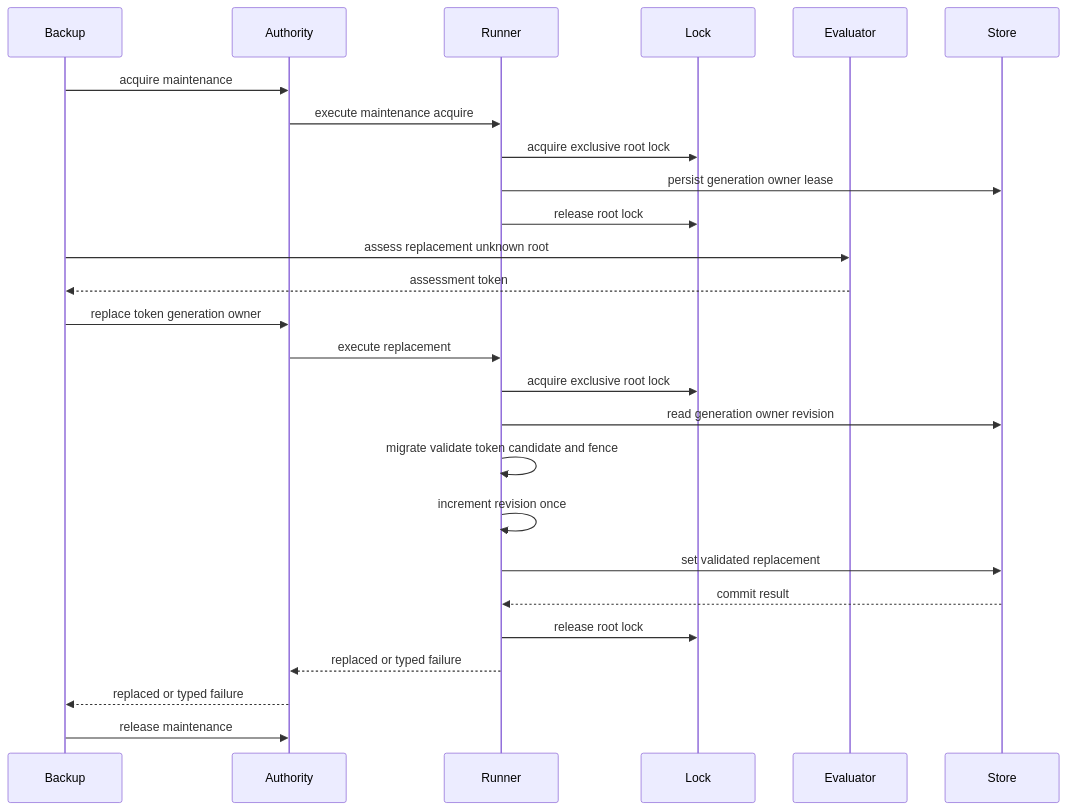
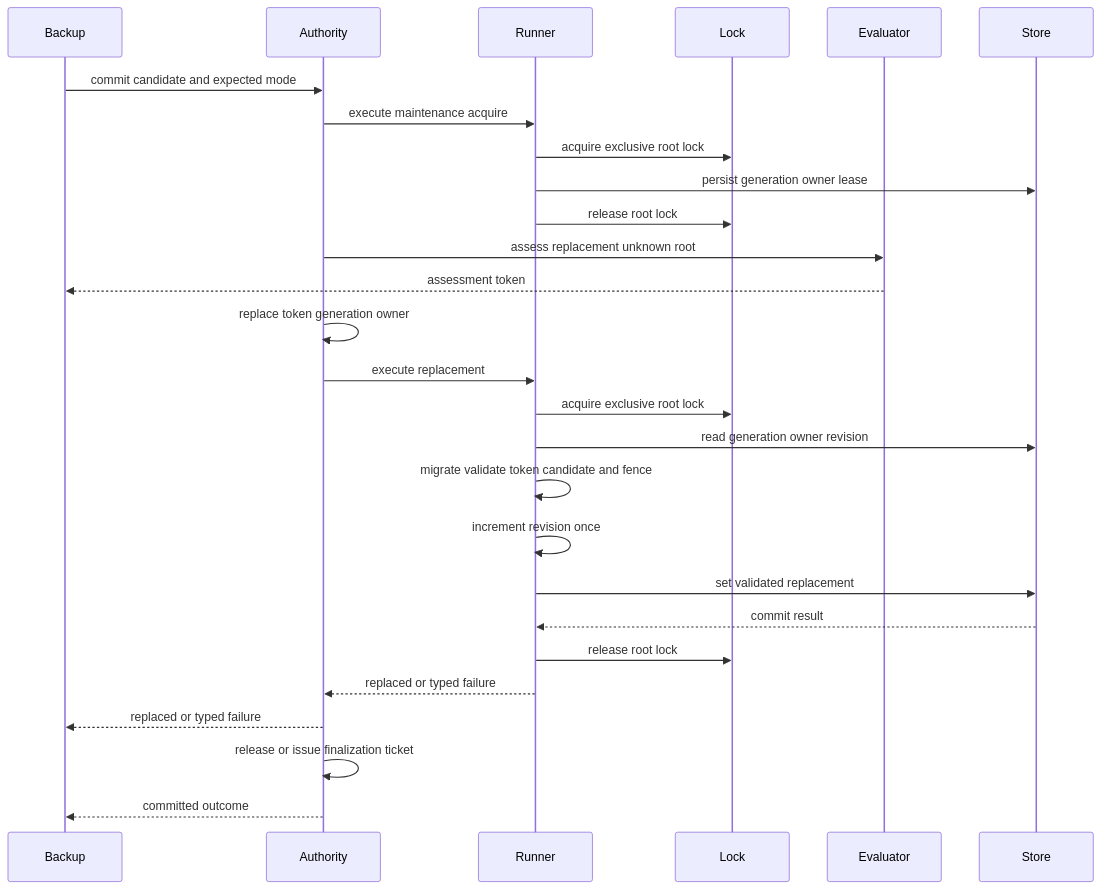
The third of 4 diagrams in .kiro/specs/local-data-foundation/design.md (Huruikagi/pc-build-planner), drawn with Mermaid before and after one commit. The commit also changed other lines of this file and 19 other files, not shown here.

````diff
--- a/.kiro/specs/local-data-foundation/design.md
+++ b/.kiro/specs/local-data-foundation/design.md
@@ -209,28 +215,29 @@
 ```mermaid
 sequenceDiagram
     participant Backup
     participant Authority
     participant Runner
     participant Lock
     participant Evaluator
     participant Store
-    Backup->>Authority: acquire maintenance
+    Backup->>Authority: commit candidate and expected mode
     Authority->>Runner: execute maintenance acquire
     Runner->>Lock: acquire exclusive root lock
     Runner->>Store: persist generation owner lease
     Runner->>Lock: release root lock
-    Backup->>Evaluator: assess replacement unknown root
+    Authority->>Evaluator: assess replacement unknown root
     Evaluator-->>Backup: assessment token
-    Backup->>Authority: replace token generation owner
+    Authority->>Authority: replace token generation owner
     Authority->>Runner: execute replacement
     Runner->>Lock: acquire exclusive root lock
     Runner->>Store: read generation owner revision
     Runner->>Runner: migrate validate token candidate and fence
     Runner->>Runner: increment revision once
     Runner->>Store: set validated replacement
     Store-->>Runner: commit result
     Runner->>Lock: release root lock
     Runner-->>Authority: replaced or typed failure
     Authority-->>Backup: replaced or typed failure
-    Backup->>Authority: release maintenance
+    Authority->>Authority: release or issue finalization ticket
+    Authority-->>Backup: committed outcome
 ```
````
